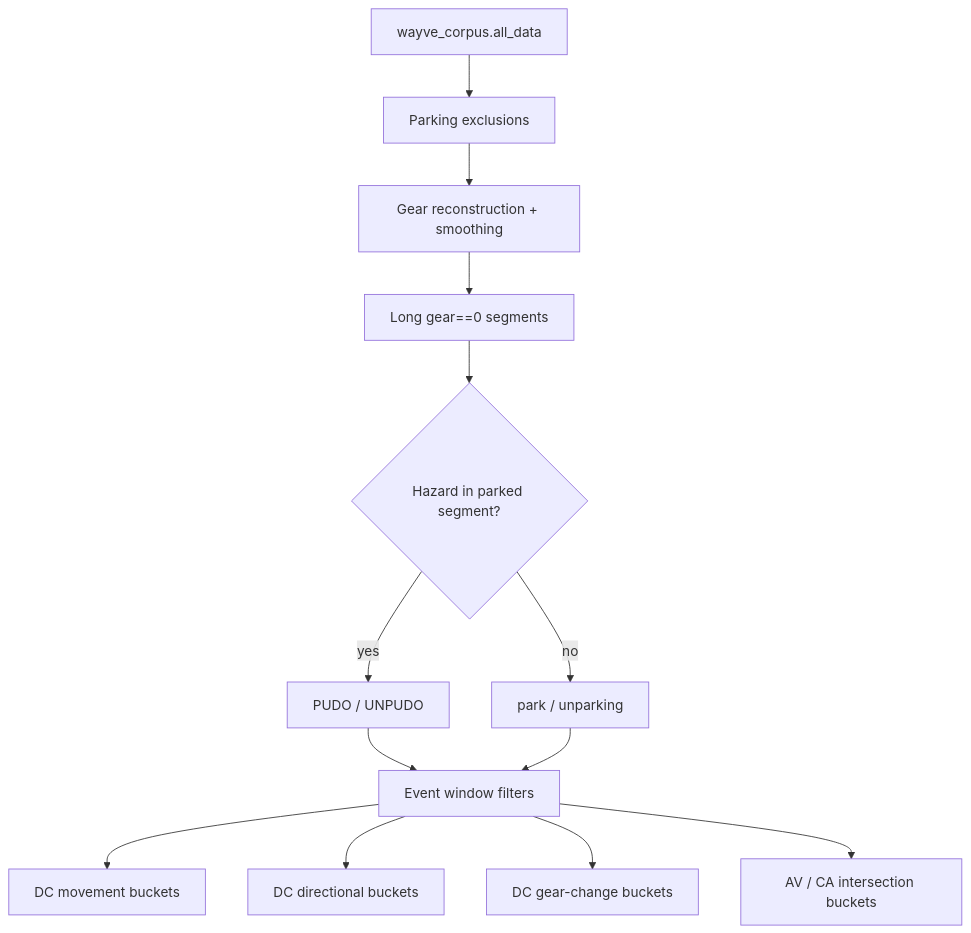
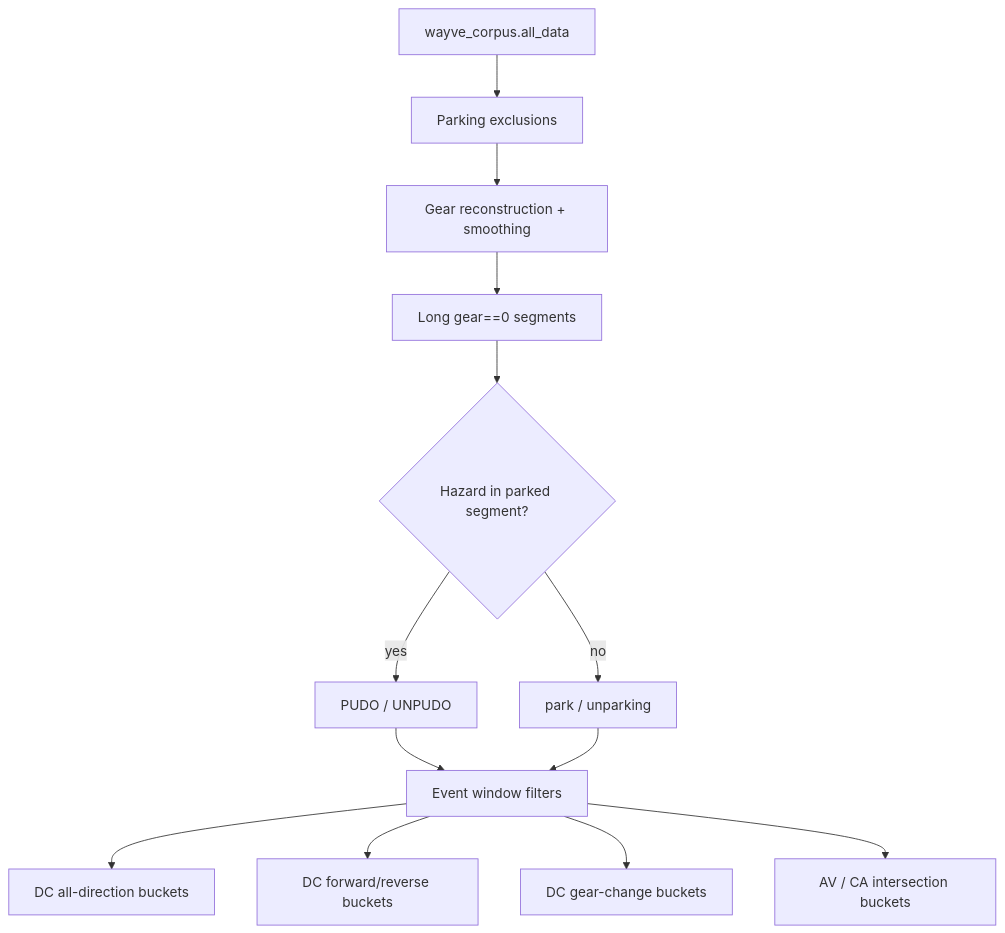
The first of 3 diagrams in newsletters/newsletter_generic-parking-pudo-materialisation.md (yoelshapiro/vault), drawn with Mermaid before and after one commit. The commit also changed other lines of this file and 1 other file, not shown here.

````diff
--- a/newsletters/newsletter_generic-parking-pudo-materialisation.md
+++ b/newsletters/newsletter_generic-parking-pudo-materialisation.md
@@ -29,15 +29,15 @@
 ```mermaid
 flowchart TD
     A[wayve_corpus.all_data] --> B[Parking exclusions]
     B --> C[Gear reconstruction + smoothing]
     C --> D[Long gear==0 segments]
     D --> E{Hazard in parked segment?}
     E -->|yes| F[PUDO / UNPUDO]
     E -->|no| G[park / unparking]
     F --> H[Event window filters]
     G --> H
-    H --> I[DC movement buckets]
-    H --> J[DC directional buckets]
+    H --> I[DC all-direction buckets]
+    H --> J[DC forward/reverse buckets]
     H --> K[DC gear-change buckets]
     H --> L[AV / CA intersection buckets]
 ```
````
